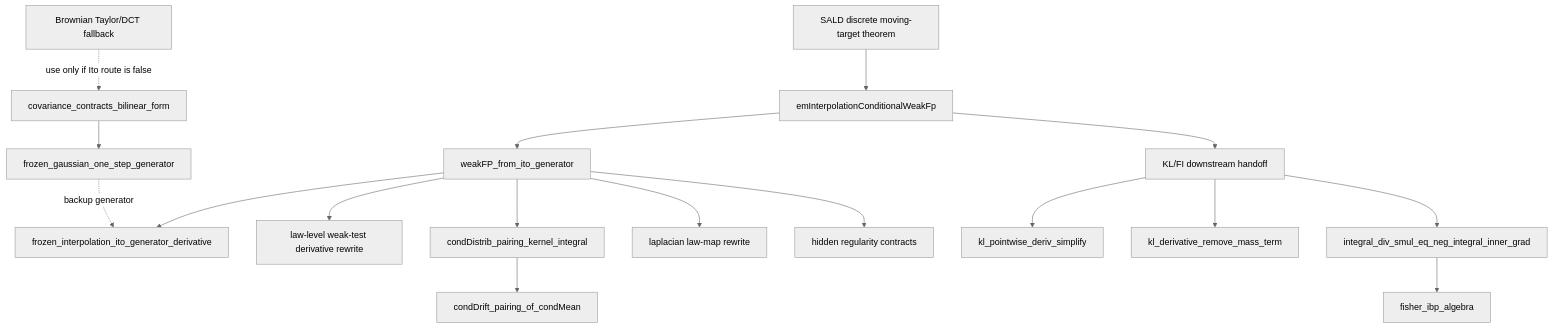
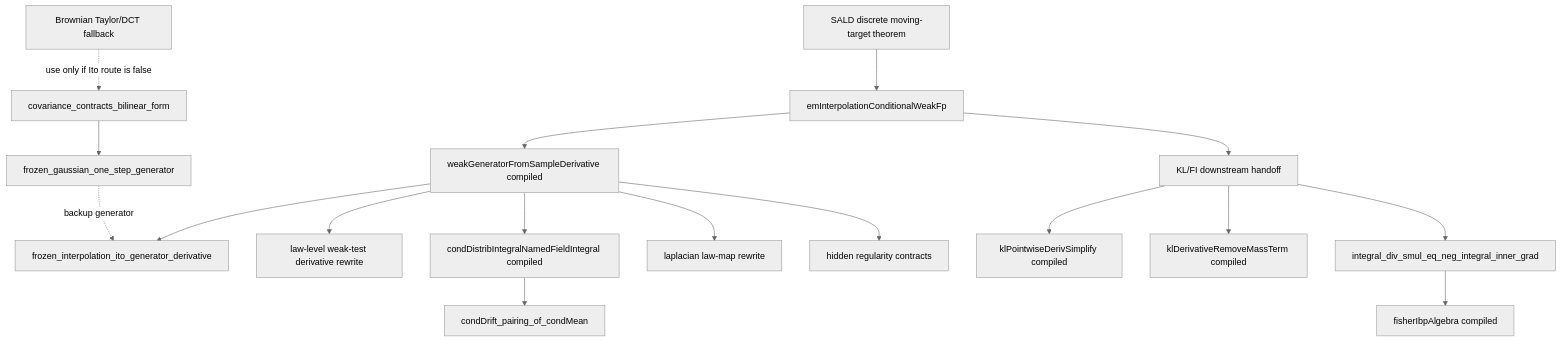
Before and after one commit to DakeBU/Auto-Sampling-Theory-In-Sleep: the diagram in research-wiki/lemma-dags/SALD_weak_fp_leaf_dag.md, drawn with Mermaid (neutral theme). The commit also changed other lines of this file and 46 other files, not shown here.

````diff
--- a/research-wiki/lemma-dags/SALD_weak_fp_leaf_dag.md
+++ b/research-wiki/lemma-dags/SALD_weak_fp_leaf_dag.md
@@ -9,37 +9,37 @@
 ```mermaid
 flowchart TD
   Root[emInterpolationConditionalWeakFp]
-  Bridge[weakFP_from_ito_generator]
+  Bridge[weakGeneratorFromSampleDerivative compiled]
   ItoGen[frozen_interpolation_ito_generator_derivative]
   LawDeriv[law-level weak-test derivative rewrite]
-  PairKernel[condDistrib_pairing_kernel_integral]
+  PairKernel[condDistribIntegralNamedFieldIntegral compiled]
   PairMean[condDrift_pairing_of_condMean]
   LapLaw[laplacian law-map rewrite]
   Reg[hidden regularity contracts]
   KL[KL/FI downstream handoff]
-  KLPt[kl_pointwise_deriv_simplify]
-  KLMass[kl_derivative_remove_mass_term]
+  KLPt[klPointwiseDerivSimplify compiled]
+  KLMass[klDerivativeRemoveMassTerm compiled]
   IBP[integral_div_smul_eq_neg_integral_inner_grad]
-  Fisher[fisher_ibp_algebra]
+  Fisher[fisherIbpAlgebra compiled]
   SALD[SALD discrete moving-target theorem]
   Fallback[Brownian Taylor/DCT fallback]
   Cov[covariance_contracts_bilinear_form]
   GaussGen[frozen_gaussian_one_step_generator]
 
   SALD --> Root
   Root --> Bridge
   Bridge --> ItoGen
   Bridge --> LawDeriv
   Bridge --> PairKernel
   PairKernel --> PairMean
   Bridge --> LapLaw
   Bridge --> Reg
   Root --> KL
   KL --> KLPt
   KL --> KLMass
   KL --> IBP
   IBP --> Fisher
   Fallback -. use only if Ito route is false .-> Cov
   Cov --> GaussGen
   GaussGen -. backup generator .-> ItoGen
 ```
````
